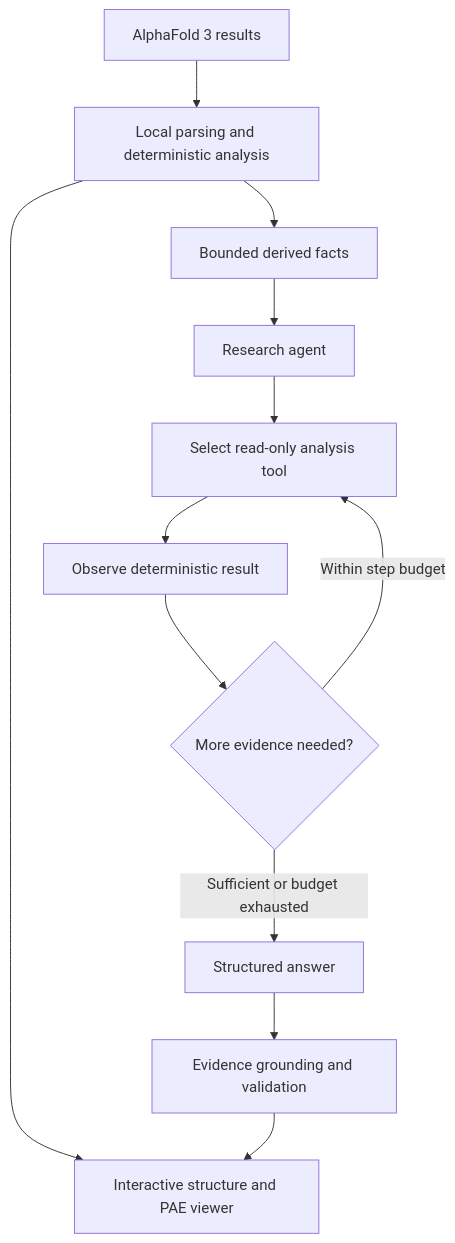
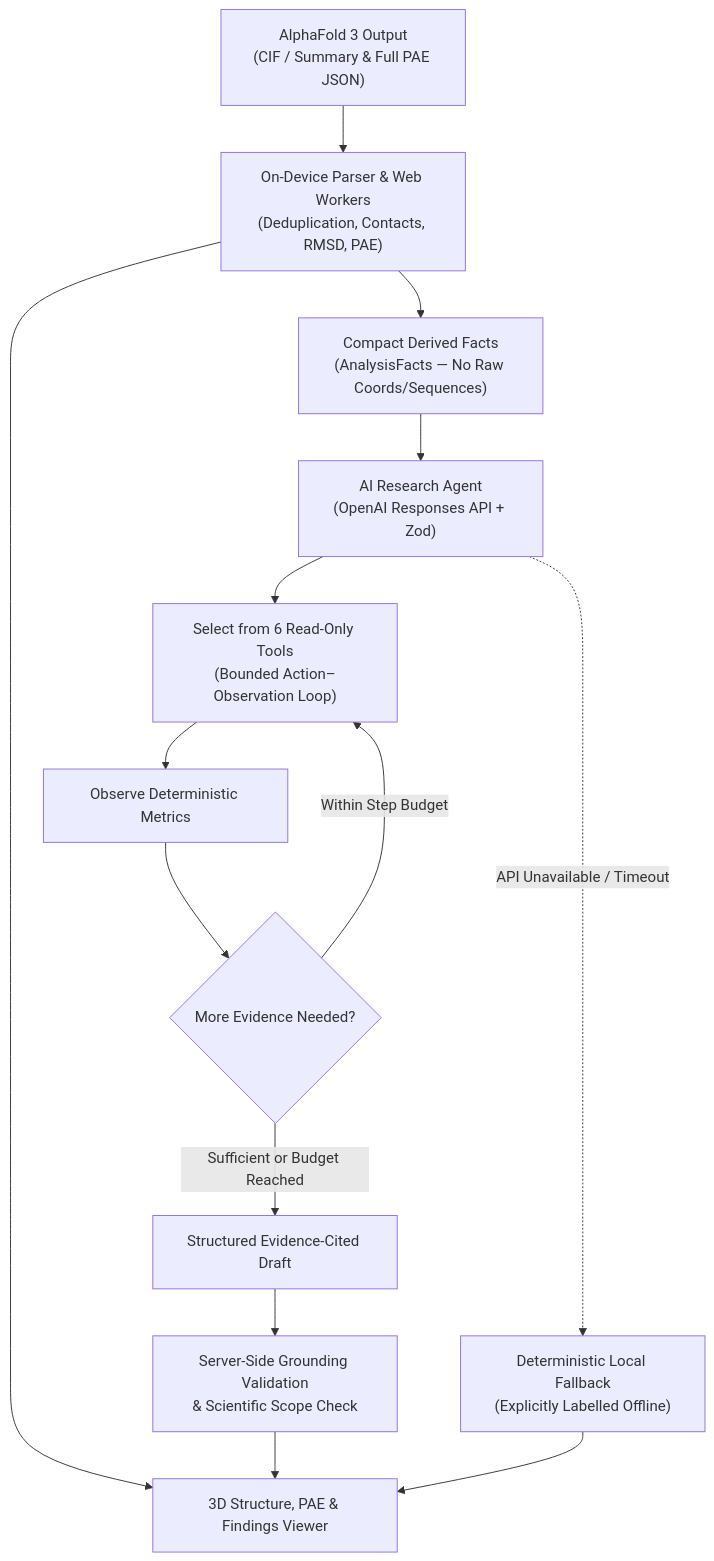
Before and after one commit to Shunsuke-max/foldlens-portfolio: the diagram in README.en.md, drawn with Mermaid. The commit also changed other lines of this file and 1 other file, not shown here.

Commit message:
Elevate JP/EN portfolio READMEs with deterministic metrics, quality gate, and 6-tool agent architecture

````diff
--- a/README.en.md
+++ b/README.en.md
@@ -60,14 +86,16 @@
 ```mermaid
 flowchart TD
-    A[AlphaFold 3 results] --> B[Local parsing and deterministic analysis]
-    B --> C[Bounded derived facts]
-    B --> D[Interactive structure and PAE viewer]
-    C --> E[Research agent]
-    E --> F[Select read-only analysis tool]
-    F --> G[Observe deterministic result]
-    G --> H{More evidence needed?}
-    H -->|Within step budget| F
-    H -->|Sufficient or budget exhausted| I[Structured answer]
-    I --> J[Evidence grounding and validation]
+    A["AlphaFold 3 Output<br/>(CIF / Summary & Full PAE JSON)"] --> B["On-Device Parser & Web Workers<br/>(Deduplication, Contacts, RMSD, PAE)"]
+    B --> C["Compact Derived Facts<br/>(AnalysisFacts — No Raw Coords/Sequences)"]
+    B --> D["3D Structure, PAE & Findings Viewer"]
+    C --> E["AI Research Agent<br/>(OpenAI Responses API + Zod)"]
+    E --> F["Select from 6 Read-Only Tools<br/>(Bounded Action–Observation Loop)"]
+    F --> G["Observe Deterministic Metrics"]
+    G --> H{"More Evidence Needed?"}
+    H -->|Within Step Budget| F
+    H -->|Sufficient or Budget Reached| I["Structured Evidence-Cited Draft"]
+    I --> J["Server-Side Grounding Validation<br/>& Scientific Scope Check"]
     J --> D
+    E -. "API Unavailable / Timeout" .-> K["Deterministic Local Fallback<br/>(Explicitly Labelled Offline)"]
+    K --> D
 ```
````
